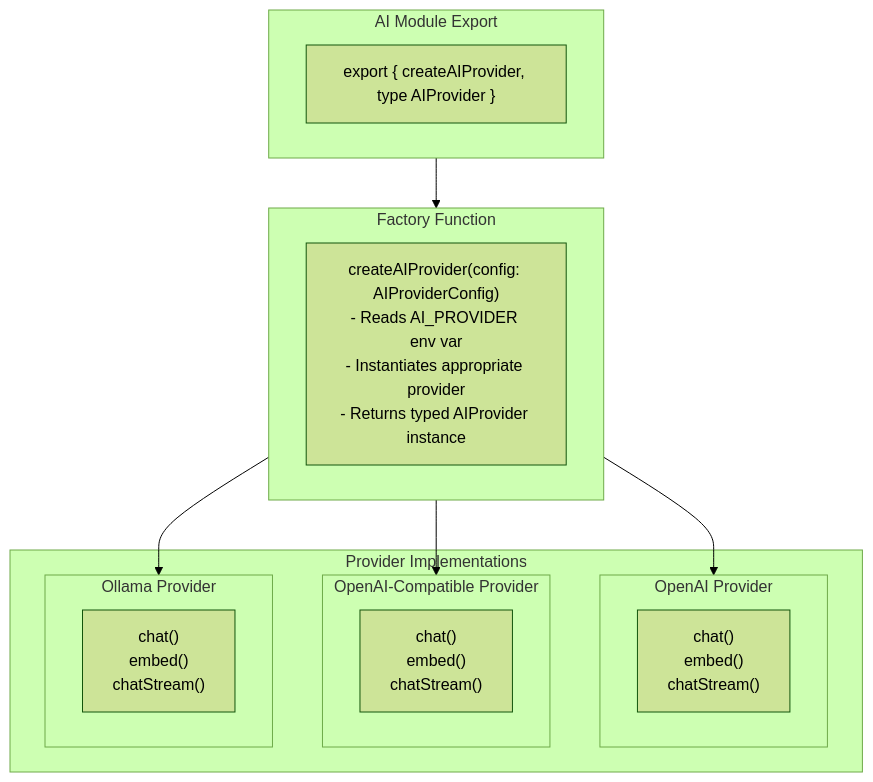
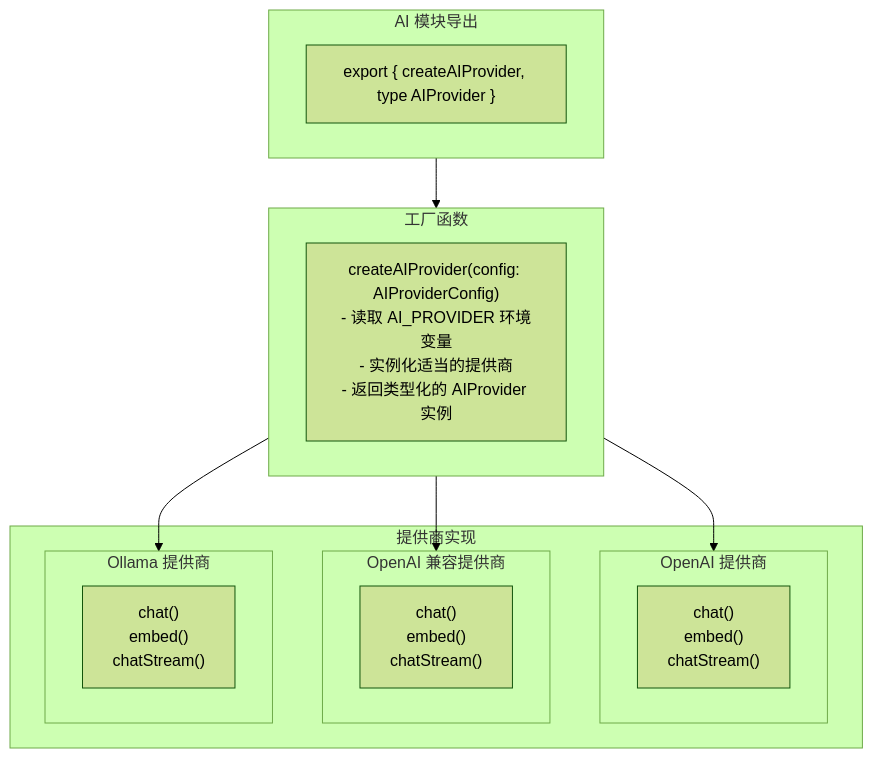
The diagram in docs/architecture/components/AI_PROVIDER.md (pofossette/TrapMap-for-vibing), drawn with Mermaid (forest theme) before and after one commit. The commit also changed 31 other files, not shown here.

````diff
--- a/docs/architecture/components/AI_PROVIDER.md
+++ b/docs/architecture/components/AI_PROVIDER.md
@@ -17,28 +17,28 @@
 ```mermaid
 flowchart TB
-    subgraph Export["AI Module Export"]
+    subgraph 导出模块["AI 模块导出"]
         A["export { createAIProvider, type AIProvider }"]
     end
 
-    subgraph Factory["Factory Function"]
-        B["createAIProvider(config: AIProviderConfig)\n- Reads AI_PROVIDER env var\n- Instantiates appropriate provider\n- Returns typed AIProvider instance"]
+    subgraph 工厂函数["工厂函数"]
+        B["createAIProvider(config: AIProviderConfig)\n- 读取 AI_PROVIDER 环境变量\n- 实例化适当的提供商\n- 返回类型化的 AIProvider 实例"]
     end
 
-    subgraph Providers["Provider Implementations"]
-        subgraph OpenAI["OpenAI Provider"]
+    subgraph 提供商实现["提供商实现"]
+        subgraph OpenAI提供商["OpenAI 提供商"]
             C1["chat()\nembed()\nchatStream()"]
         end
 
-        subgraph Compatible["OpenAI-Compatible Provider"]
+        subgraph 兼容提供商["OpenAI 兼容提供商"]
             C2["chat()\nembed()\nchatStream()"]
         end
 
-        subgraph Ollama["Ollama Provider"]
+        subgraph Ollama提供商["Ollama 提供商"]
             C3["chat()\nembed()\nchatStream()"]
         end
     end
 
-    Export --> Factory --> OpenAI
-    Factory --> Compatible
-    Factory --> Ollama
+    导出模块 --> 工厂函数 --> OpenAI提供商
+    工厂函数 --> 兼容提供商
+    工厂函数 --> Ollama提供商
 ```
````
